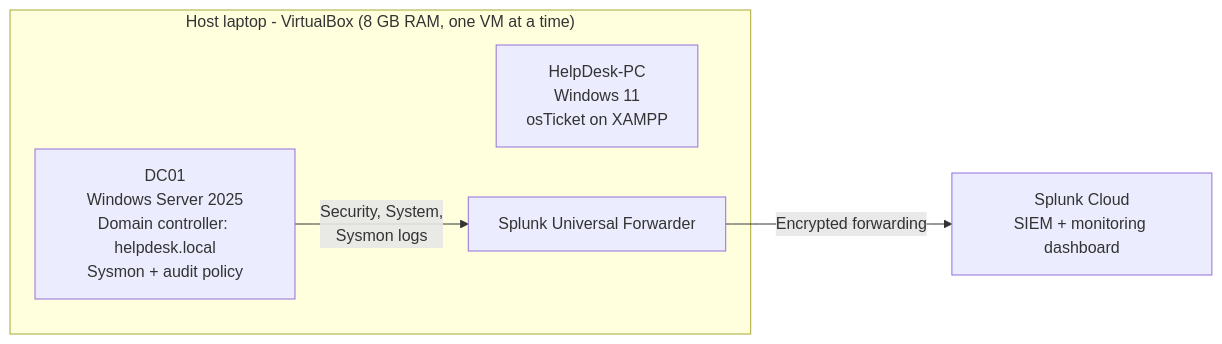
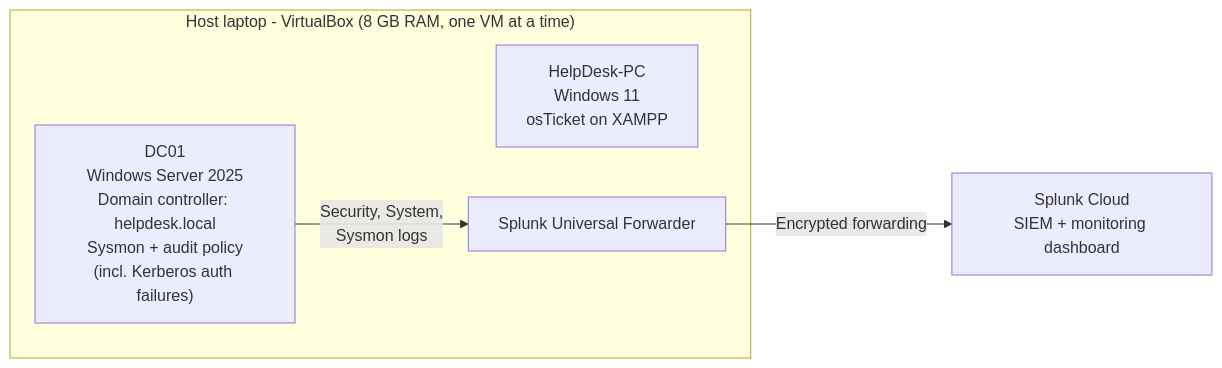
Before and after one commit to jaydenambrose5-beep/cybersecurity-labs: the diagram in README.md, drawn with Mermaid. The commit also changed other lines of this file and 5 other files, not shown here.

````diff
--- a/README.md
+++ b/README.md
@@ -17,10 +17,10 @@
 ```mermaid
 flowchart LR
     subgraph Host["Host laptop - VirtualBox (8 GB RAM, one VM at a time)"]
         PC["HelpDesk-PC<br/>Windows 11<br/>osTicket on XAMPP"]
-        DC["DC01<br/>Windows Server 2025<br/>Domain controller: helpdesk.local<br/>Sysmon + audit policy"]
+        DC["DC01<br/>Windows Server 2025<br/>Domain controller: helpdesk.local<br/>Sysmon + audit policy<br/>(incl. Kerberos auth failures)"]
         UF["Splunk Universal Forwarder"]
         DC -- "Security, System,<br/>Sysmon logs" --> UF
     end
     UF -- "Encrypted forwarding" --> SC["Splunk Cloud<br/>SIEM + monitoring dashboard"]
 ```
````
